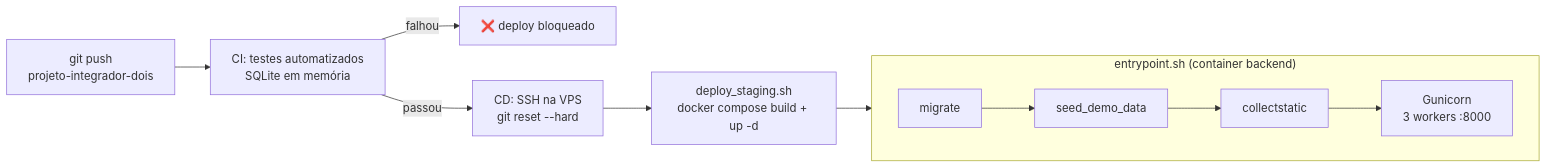
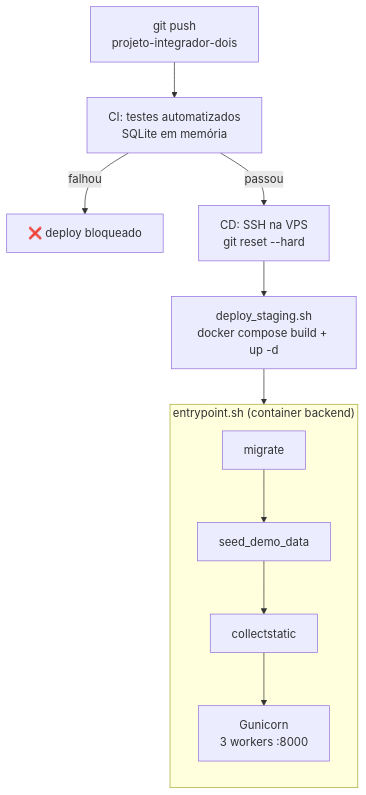
The third of 3 diagrams in README.md (Hir4/drp03-pi-database), drawn with Mermaid before and after one commit.

Commit message:
docs(readme): pipeline CI/CD em orientação vertical

````diff
--- a/README.md
+++ b/README.md
@@ -226,14 +226,14 @@
 ```mermaid
-flowchart LR
+flowchart TB
     push["git push<br/>projeto-integrador-dois"] --> ci["CI: testes automatizados<br/>SQLite em memória"]
     ci -->|falhou| stop["❌ deploy bloqueado"]
     ci -->|passou| cd["CD: SSH na VPS<br/>git reset --hard"]
     cd --> compose["deploy_staging.sh<br/>docker compose build + up -d"]
 
     subgraph entry["entrypoint.sh (container backend)"]
-        direction LR
+        direction TB
         migrate["migrate"] --> seed["seed_demo_data"] --> static["collectstatic"] --> gunicorn["Gunicorn<br/>3 workers :8000"]
     end
 
     compose --> migrate
 ```
````
